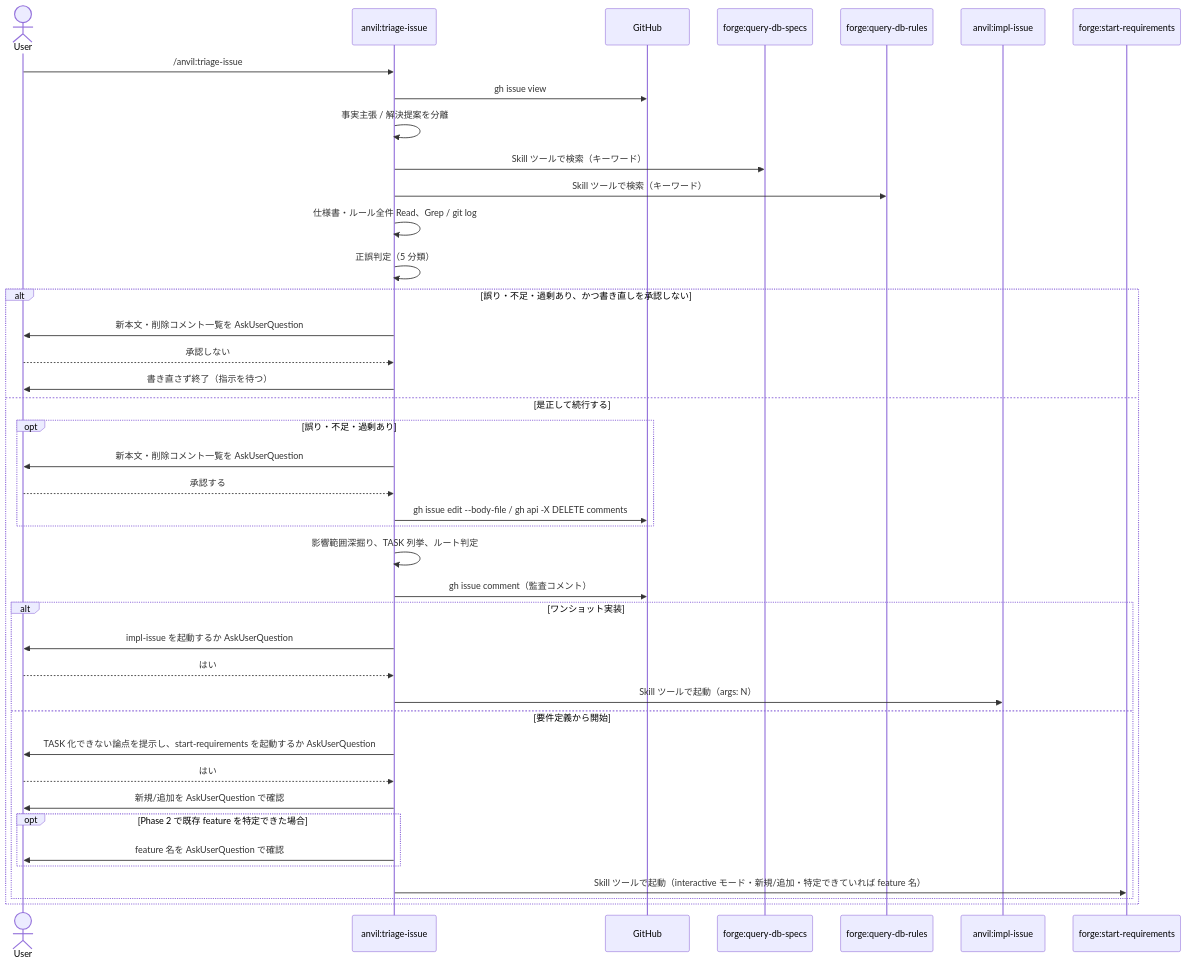
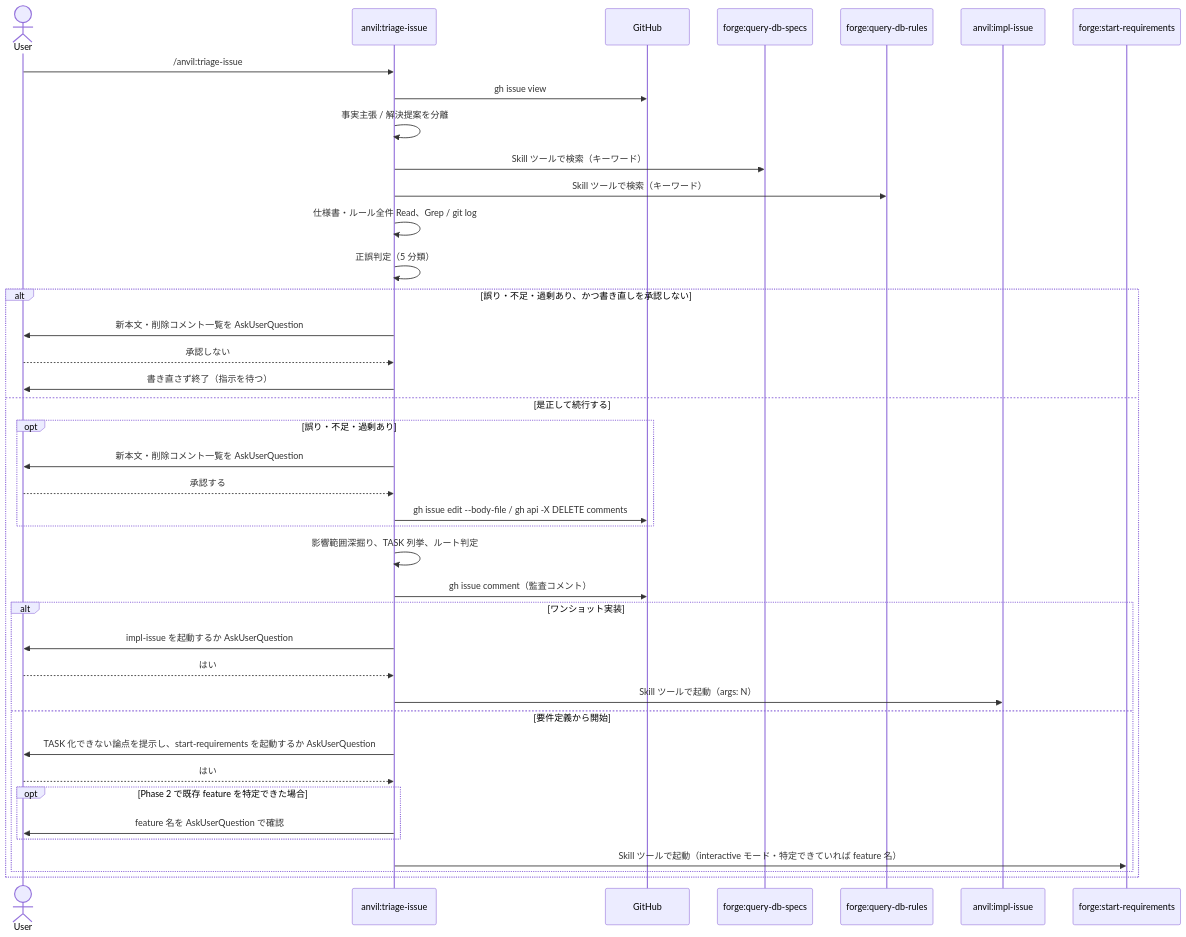
One commit to BlueEventHorizon/bw-cc-plugins changed the second of 4 diagrams in docs/specs/anvil/design/DES-025_issue_driven_flow_design.md. Above: the diagram before and after it, drawn with Mermaid. The commit also changed other lines of this file and 22 other files, not shown here.

````diff
--- a/docs/specs/anvil/design/DES-025_issue_driven_flow_design.md
+++ b/docs/specs/anvil/design/DES-025_issue_driven_flow_design.md
@@ -164,43 +164,42 @@
 ```mermaid
 sequenceDiagram
     actor User
     participant TI as anvil:triage-issue
     participant GH as GitHub
     participant QS as forge:query-db-specs
     participant QR as forge:query-db-rules
     participant II as anvil:impl-issue
     participant SR as forge:start-requirements
     User ->> TI: /anvil:triage-issue #N
     TI ->> GH: gh issue view #N (--comments)
     TI ->> TI: 事実主張 / 解決提案を分離
     TI ->> QS: Skill ツールで検索（キーワード）
     TI ->> QR: Skill ツールで検索（キーワード）
     TI ->> TI: 仕様書・ルール全件 Read、Grep / git log
     TI ->> TI: 正誤判定（5 分類）
     alt 誤り・不足・過剰あり、かつ書き直しを承認しない
         TI ->> User: 新本文・削除コメント一覧を AskUserQuestion
         User -->> TI: 承認しない
         TI ->> User: 書き直さず終了（指示を待つ）
     else 是正して続行する
         opt 誤り・不足・過剰あり
             TI ->> User: 新本文・削除コメント一覧を AskUserQuestion
             User -->> TI: 承認する
             TI ->> GH: gh issue edit --body-file / gh api -X DELETE comments
         end
         TI ->> TI: 影響範囲深掘り、TASK 列挙、ルート判定
         TI ->> GH: gh issue comment（監査コメント）
         alt ワンショット実装
             TI ->> User: impl-issue を起動するか AskUserQuestion
             User -->> TI: はい
             TI ->> II: Skill ツールで起動（args: N）
         else 要件定義から開始
             TI ->> User: TASK 化できない論点を提示し、start-requirements を起動するか AskUserQuestion
             User -->> TI: はい
-            TI ->> User: 新規/追加を AskUserQuestion で確認
             opt Phase 2 で既存 feature を特定できた場合
                 TI ->> User: feature 名を AskUserQuestion で確認
             end
-            TI ->> SR: Skill ツールで起動（interactive モード・新規/追加・特定できていれば feature 名）
+            TI ->> SR: Skill ツールで起動（interactive モード・特定できていれば feature 名）
         end
     end
 ```
````
